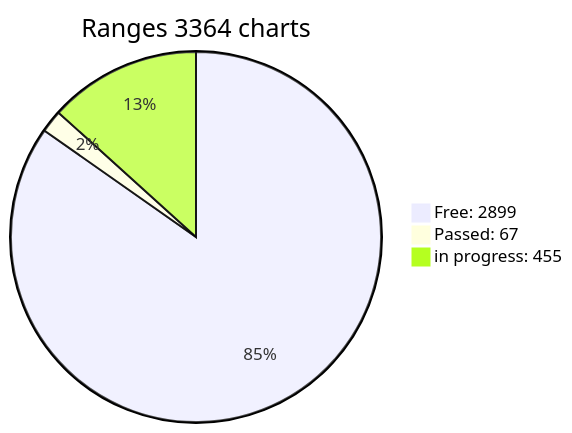
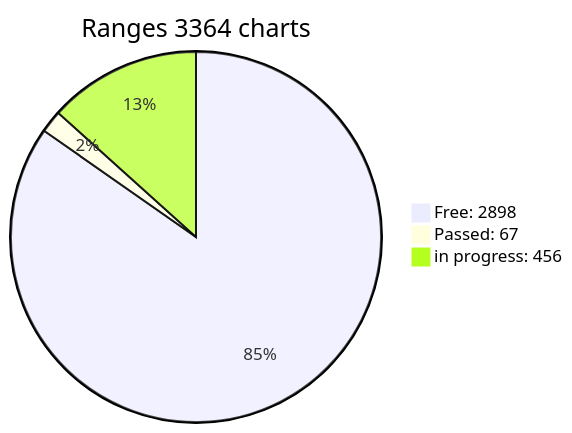
The diagram in x64/Release/table.md (phrutis/wif500), drawn with Mermaid before and after one commit.

````diff
--- a/x64/Release/table.md
+++ b/x64/Release/table.md
@@ -3,6 +3,6 @@
 ```mermaid
 pie title Ranges 3364 charts
-"Free: 2899" : 2899
+"Free: 2898" : 2898
 "Passed: 67" : 67
-"in progress: 455" : 455
+"in progress: 456" : 456
 ```  
````
